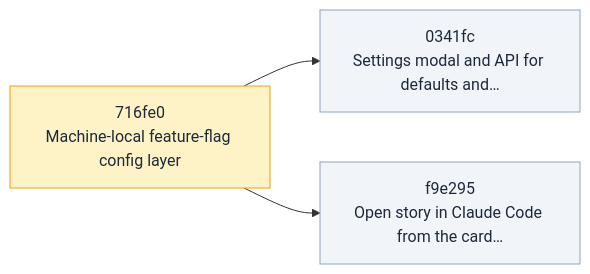
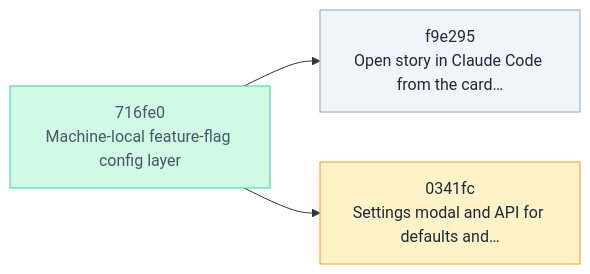
The diagram in .skald/README.md (Vitund-AI/skald), drawn with Mermaid before and after one commit. The commit also changed other lines of this file and 9 other files, not shown here.

````diff
--- a/.skald/README.md
+++ b/.skald/README.md
@@ -16,12 +16,14 @@
 ```mermaid
 flowchart LR
     n_0341fc["0341fc<br/>Settings modal and API for defaults and…"]
     n_716fe0["716fe0<br/>Machine-local feature-flag config layer"]
     n_f9e295["f9e295<br/>Open story in Claude Code from the card…"]
+    n_716fe0 --> n_f9e295
     n_716fe0 --> n_0341fc
-    n_716fe0 --> n_f9e295
     classDef backlog fill:#f1f5f9,stroke:#94a3b8,color:#1e293b
     classDef active fill:#fef3c7,stroke:#f59e0b,color:#1e293b
-    class n_0341fc,n_f9e295 backlog
-    class n_716fe0 active
+    classDef done fill:#d1fae5,stroke:#34d399,color:#475569
+    class n_716fe0 done
+    class n_f9e295 backlog
+    class n_0341fc active
 ```
````
